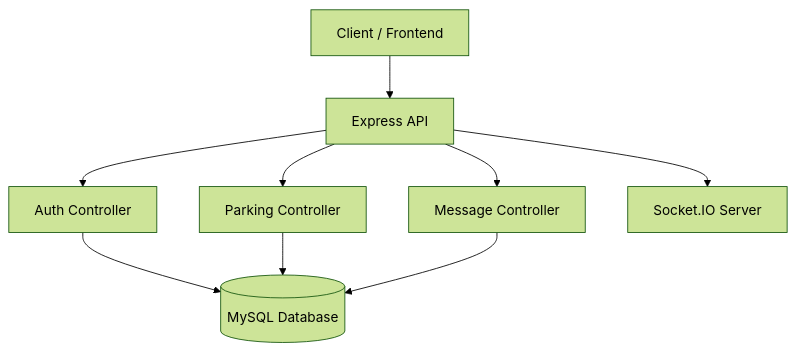
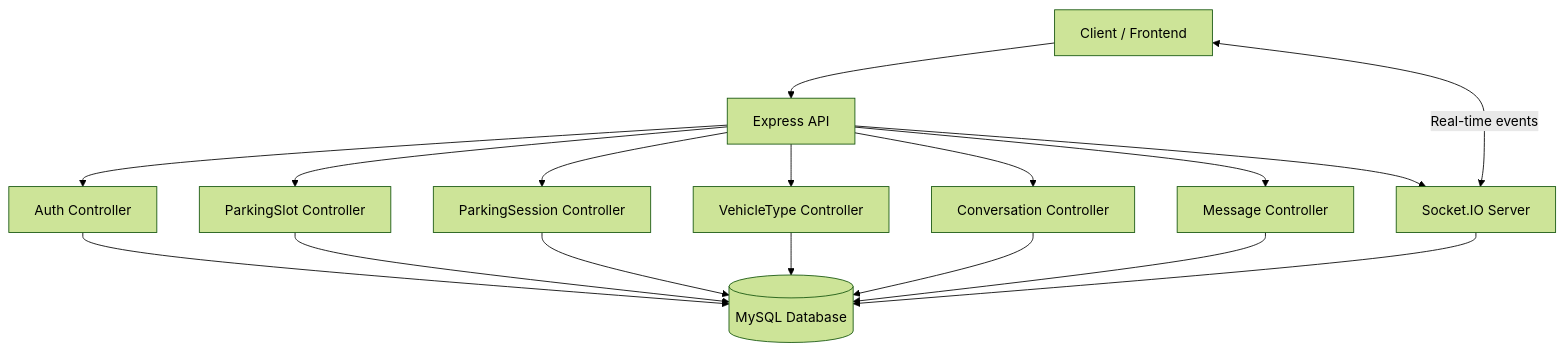
One commit to chukwutem-emi/Vehicle-Parking-Lot-System changed the diagram in README.md. Above: the diagram before and after it, drawn with Mermaid (forest theme). The commit also changed other lines of this file, not shown here.

````diff
--- a/README.md
+++ b/README.md
@@ -32,13 +33,21 @@
 ```mermaid
 graph TD
   Client[Client / Frontend] --> API[Express API]
+  Client <-->|Real-time events| Socket[Socket.io Server]
 
 API --> Auth[Auth Controller]
-API --> Parking[Parking Controller]
+API --> ParkingSlot[ParkingSlot Controller]
+API --> ParkingSession[ParkingSession Controller]
+API --> VehicleType[VehicleType Controller]
+API --> Conversation[Conversation Controller]
 API --> Message[Message Controller]
 API --> Socket[Socket.IO Server]
 
 Auth --> DB[(MySQL Database)]
-Parking --> DB
+ParkingSlot --> DB
+ParkingSession --> DB
+VehicleType --> DB
+Conversation --> DB
 Message --> DB
+Socket --> DB
 ```
````
